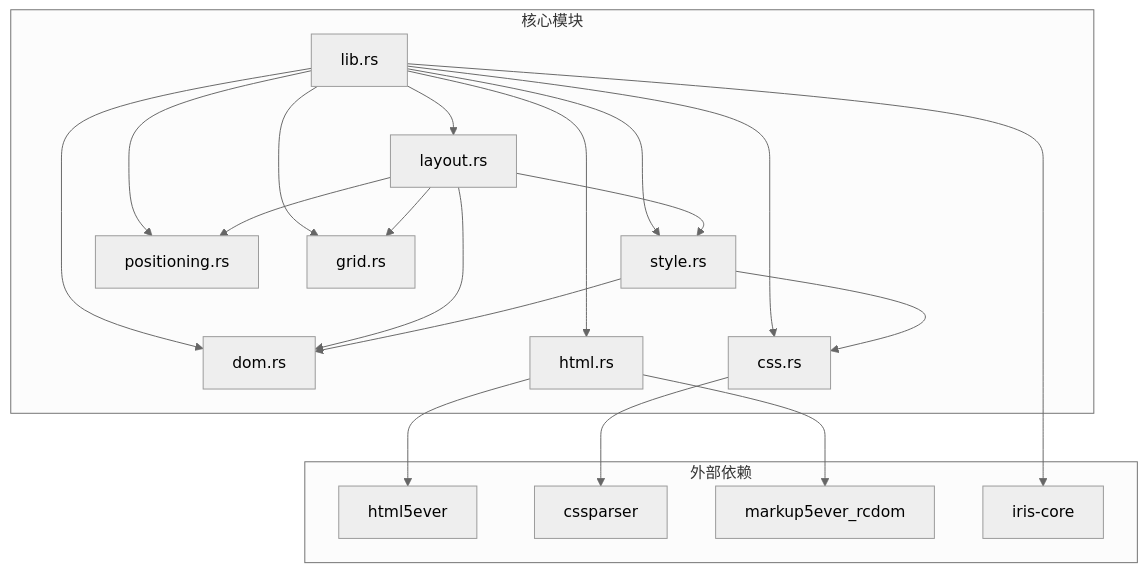
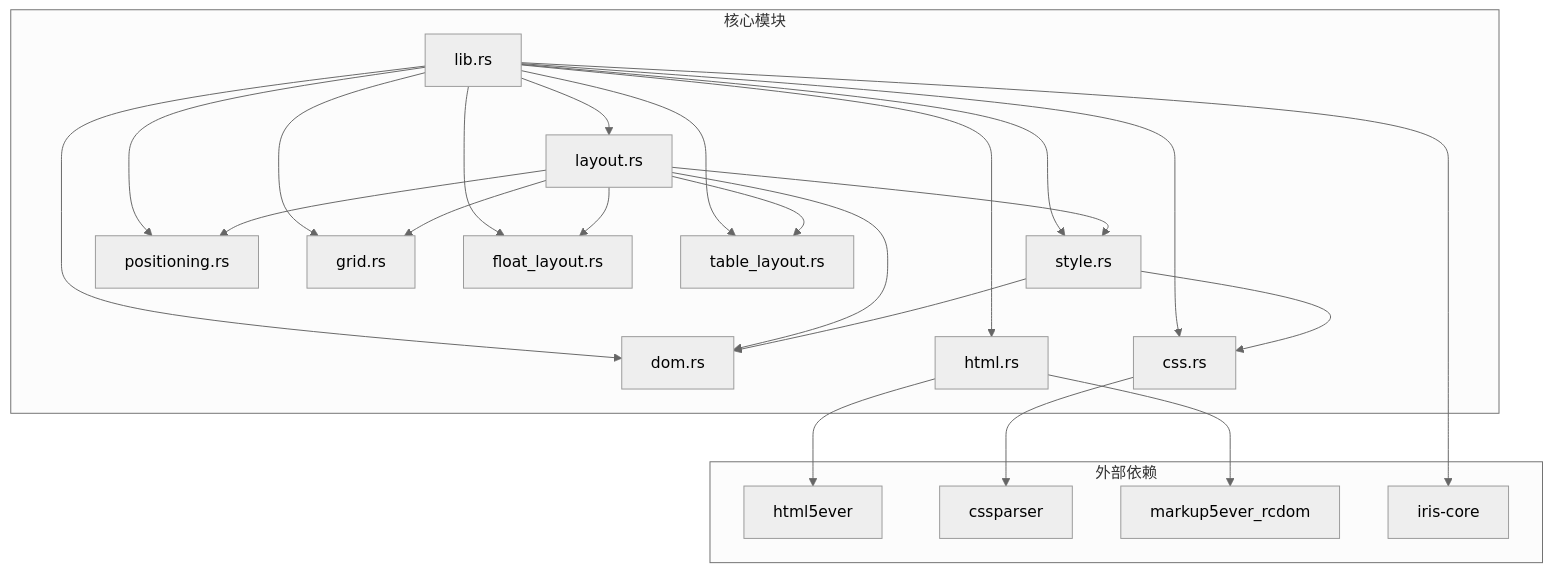
Diagram 18 of 18 in .qoder/repowiki/zh/content/技术架构详解/布局样式系统/iris-layout布局引擎.md (itszzl-sudo/iris), drawn with Mermaid (neutral theme) before and after one commit. The commit also changed other lines of this file and 10 other files, not shown here.

````diff
--- a/.qoder/repowiki/zh/content/技术架构详解/布局样式系统/iris-layout布局引擎.md
+++ b/.qoder/repowiki/zh/content/技术架构详解/布局样式系统/iris-layout布局引擎.md
@@ -613,36 +662,42 @@
 ```mermaid
 graph TB
 subgraph "核心模块"
 A[lib.rs]
 B[dom.rs]
 C[html.rs]
 D[css.rs]
 E[style.rs]
 F[layout.rs]
 G[positioning.rs]
 H[grid.rs]
+I[float_layout.rs]
+J[table_layout.rs]
 end
 subgraph "外部依赖"
-I[html5ever]
-J[cssparser]
-K[markup5ever_rcdom]
-L[iris-core]
+K[html5ever]
+L[cssparser]
+M[markup5ever_rcdom]
+N[iris-core]
 end
 A --> B
 A --> C
 A --> D
 A --> E
 A --> F
 A --> G
 A --> H
-C --> I
+A --> I
+A --> J
 C --> K
-D --> J
+C --> M
+D --> L
 F --> B
 F --> E
 F --> G
 F --> H
+F --> I
+F --> J
 E --> B
 E --> D
-A --> L
+A --> N
 ```
````
